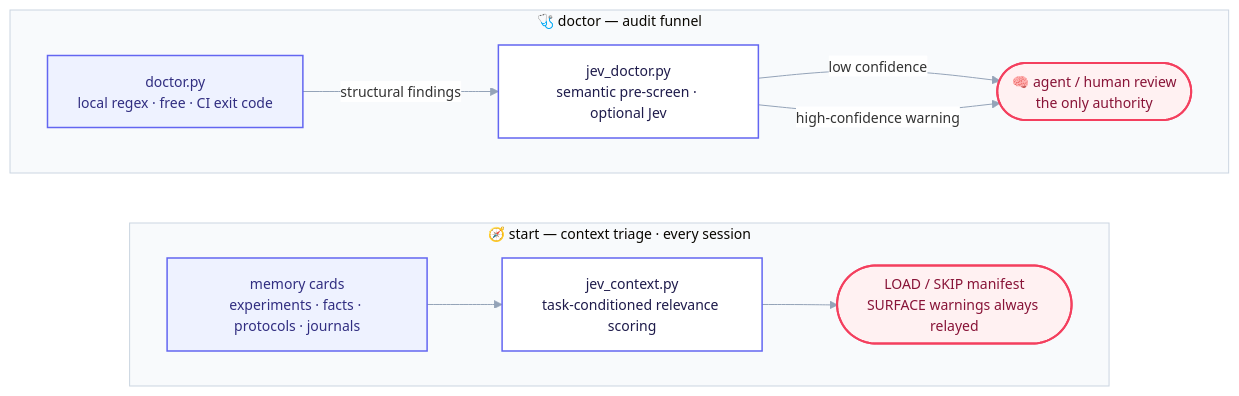
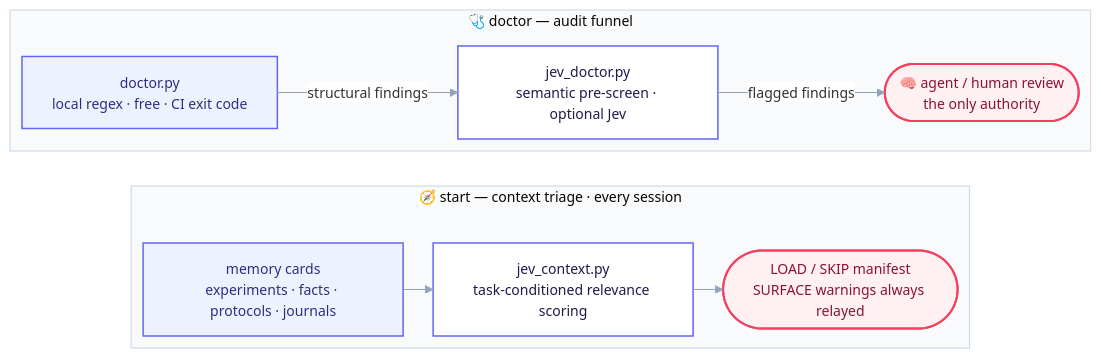
Before and after one commit to poiuyjie/jev_project_context: the second of 2 diagrams in README.md, drawn with Mermaid. The commit also changed other lines of this file and 1 other file, not shown here.

Commit message:
Fix crooked edges: switch to ELK orthogonal renderer, move start into the session loop, drop cross-cluster back edges

````diff
--- a/README.md
+++ b/README.md
@@ -48,27 +47,26 @@
 ```mermaid
 flowchart TB
-    %%{init: {"theme":"base","themeVariables":{"fontFamily":"Inter, ui-sans-serif, system-ui, sans-serif","fontSize":"14px","clusterBkg":"#F8FAFC","clusterBorder":"#CBD5E1","lineColor":"#94A3B8","edgeLabelBackground":"#FFFFFF"}}}%%
+    %%{init: {"flowchart":{"defaultRenderer":"elk"},"theme":"base","themeVariables":{"fontFamily":"Inter, ui-sans-serif, system-ui, sans-serif","fontSize":"14px","clusterBkg":"#F8FAFC","clusterBorder":"#CBD5E1","lineColor":"#94A3B8","edgeLabelBackground":"#FFFFFF"}}}%%
     subgraph audit["🩺 doctor — audit funnel"]
         direction LR
         l1["doctor.py<br/>local regex · free · CI exit code"]:::c1
         l2["jev_doctor.py<br/>semantic pre-screen · optional Jev"]:::c2
         l3(["🧠 agent / human review<br/>the only authority"]):::c3
         l1 -->|structural findings| l2
-        l2 -->|low confidence| l3
-        l2 -->|high-confidence warning| l3
+        l2 -->|flagged findings| l3
     end
 
     subgraph triage["🧭 start — context triage · every session"]
         direction LR
         s1["memory cards<br/>experiments · facts · protocols · journals"]:::c1
         s2["jev_context.py<br/>task-conditioned relevance scoring"]:::c2
         s3(["LOAD / SKIP manifest<br/>SURFACE warnings always relayed"]):::c3
         s1 --> s2 --> s3
     end
 
     audit ~~~ triage
 
     classDef c1 fill:#EEF2FF,stroke:#6366F1,stroke-width:1.5px,color:#312E81;
     classDef c2 fill:#FFFFFF,stroke:#6366F1,stroke-width:1.5px,color:#1E1B4B;
     classDef c3 fill:#FFF1F2,stroke:#F43F5E,stroke-width:2px,color:#881337;
 ```
````
